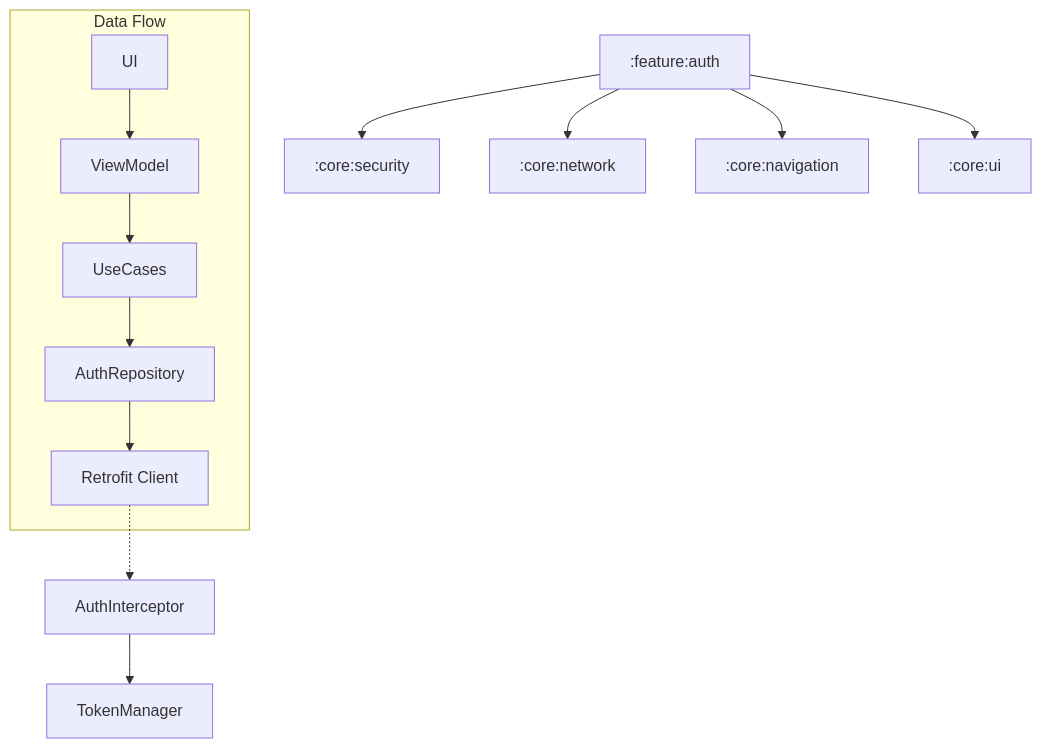
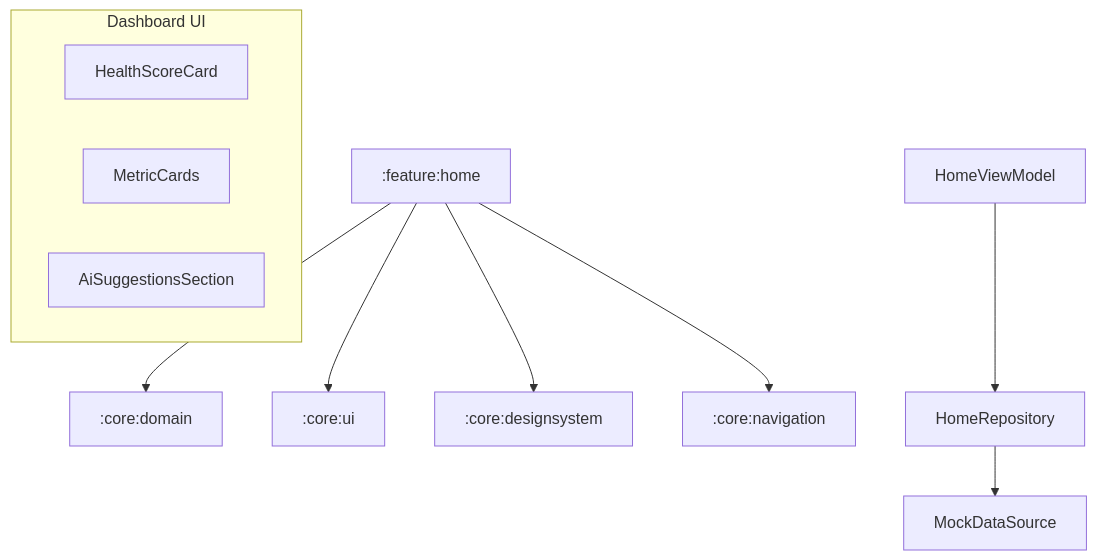
The diagram in .artifacts/4dc8775b-7ddf-49a0-b4e6-8fda79cbdfec/implementation_plan.artifact.md (KotlinFiroj/Ai-HealthCare-App), drawn with Mermaid before and after one commit. The commit also changed other lines of this file and 16 other files, not shown here.

Commit message:
Implement Phase 6: Dashboard module with health metrics, AI suggestions, and navigation integration

````diff
--- a/.artifacts/4dc8775b-7ddf-49a0-b4e6-8fda79cbdfec/implementation_plan.artifact.md
+++ b/.artifacts/4dc8775b-7ddf-49a0-b4e6-8fda79cbdfec/implementation_plan.artifact.md
@@ -62,17 +55,16 @@
 ```mermaid
 graph TD
-    F_Auth[:feature:auth] --> C_Security[:core:security]
-    F_Auth --> C_Network[:core:network]
-    F_Auth --> C_Navigation[:core:navigation]
-    F_Auth --> C_UI[:core:ui]
+    F_Home[:feature:home] --> C_Domain[:core:domain]
+    F_Home --> C_UI[:core:ui]
+    F_Home --> C_DS[:core:designsystem]
+    F_Home --> C_Nav[:core:navigation]
 
-    subgraph Data Flow
-        F_Auth_UI[UI] --> F_Auth_VM[ViewModel]
-        F_Auth_VM --> F_Auth_UC[UseCases]
-        F_Auth_UC --> F_Auth_Repo[AuthRepository]
-        F_Auth_Repo --> C_Net_Client[Retrofit Client]
+    subgraph Dashboard UI
+        HS[HealthScoreCard]
+        MC[MetricCards]
+        AI[AiSuggestionsSection]
     end
 
-    C_Net_Client -.-> C_Net_Interceptor[AuthInterceptor]
-    C_Net_Interceptor --> C_Sec_TM[TokenManager]
+    HomeVM[HomeViewModel] --> HomeRepository
+    HomeRepository --> MockDataSource
 ```
````
